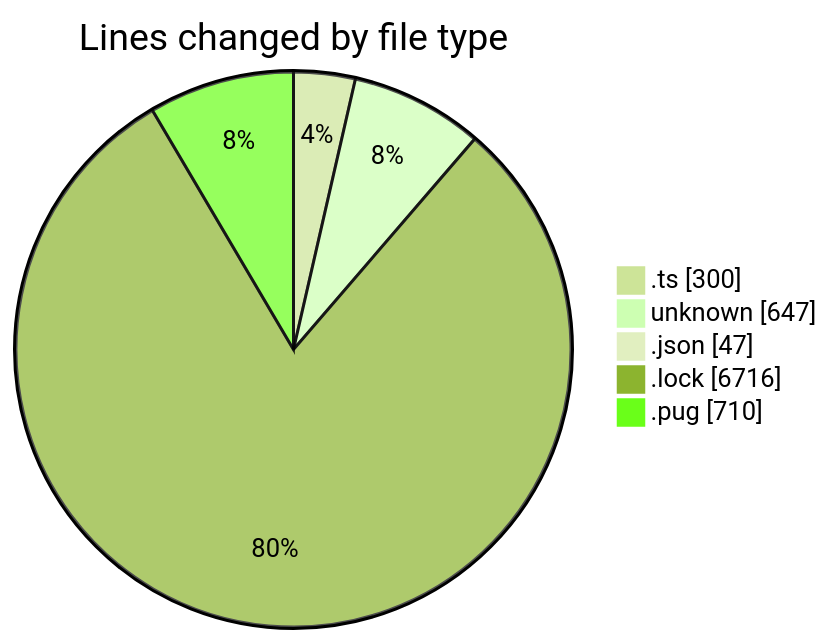
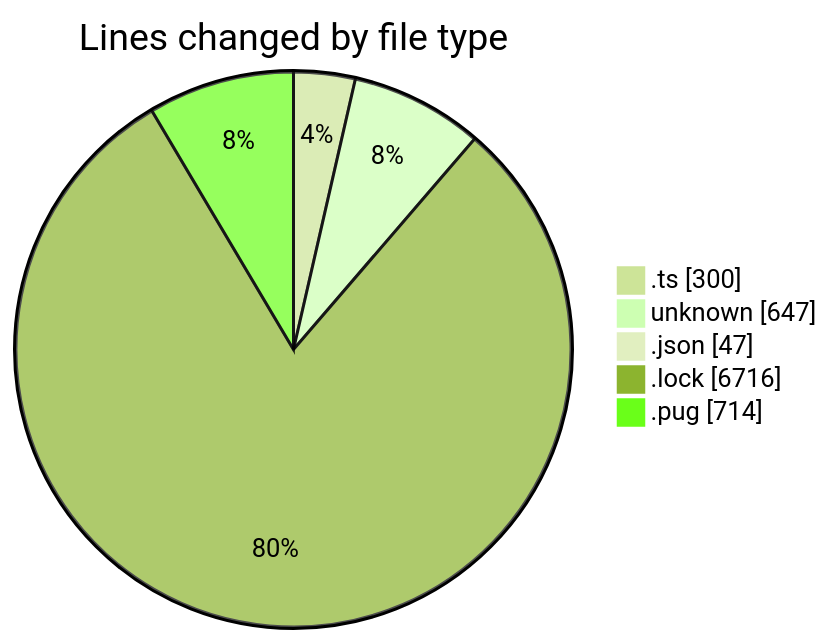
The first of 2 diagrams in 2026-05-22/cda/README.md (momahboobian/code-tracking), drawn with Mermaid (forest theme) before and after one commit. The commit also changed other lines of this file and 1 other file, not shown here.

````diff
--- a/2026-05-22/cda/README.md
+++ b/2026-05-22/cda/README.md
@@ -29,9 +29,9 @@
 ```mermaid
 pie showData
 title Lines changed by file type
 ".ts" : 300
 "unknown" : 647
 ".json" : 47
 ".lock" : 6716
-".pug" : 710
+".pug" : 714
 ```
````
